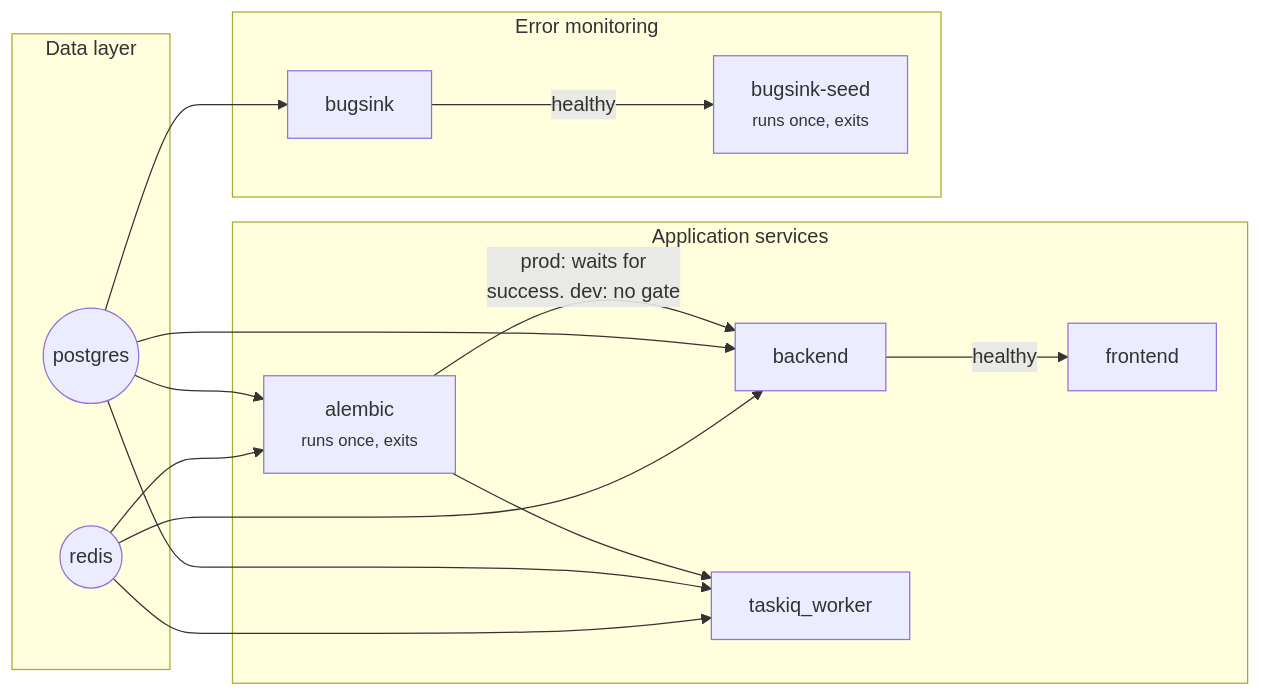
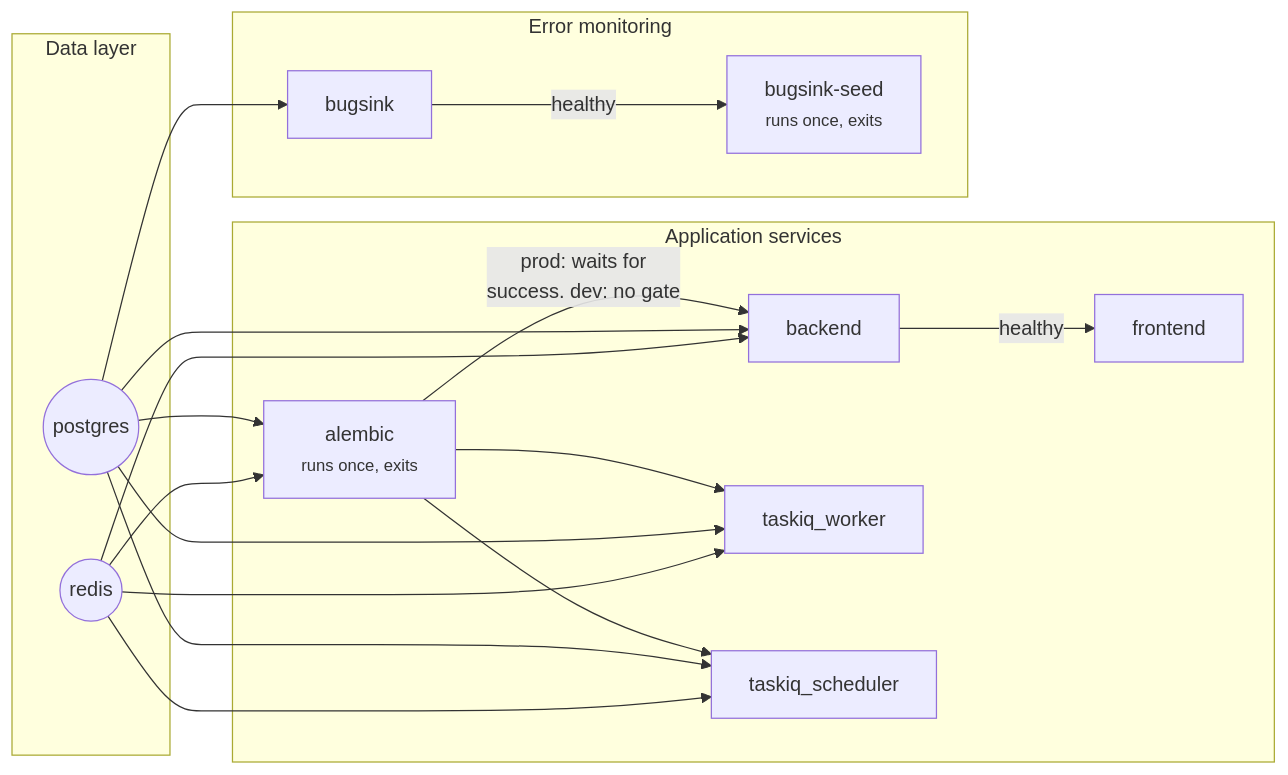
The diagram in docs/mystic_auth/docker/overview.md (Nachiket-2024/balance_sheet_analysis), drawn with Mermaid before and after one commit. The commit also changed other lines of this file and 268 other files, not shown here.

````diff
--- a/docs/mystic_auth/docker/overview.md
+++ b/docs/mystic_auth/docker/overview.md
@@ -27,31 +28,35 @@
 ```mermaid
 flowchart LR
     subgraph Data["Data layer"]
         postgres(("postgres"))
         redis(("redis"))
     end
 
     subgraph App["Application services"]
         alembic["alembic<br/><small>runs once, exits</small>"]
         backend["backend"]
         taskiq["taskiq_worker"]
+        scheduler["taskiq_scheduler"]
         frontend["frontend"]
     end
 
     subgraph Monitoring["Error monitoring"]
         bugsink["bugsink"]
         bugsinkseed["bugsink-seed<br/><small>runs once, exits</small>"]
     end
 
     postgres --> alembic
     redis --> alembic
     alembic -->|"prod: waits for<br/>success. dev: no gate"| backend
     alembic --> taskiq
+    alembic --> scheduler
     postgres --> backend
     redis --> backend
     postgres --> taskiq
     redis --> taskiq
+    postgres --> scheduler
+    redis --> scheduler
     backend -->|healthy| frontend
     postgres --> bugsink
     bugsink -->|healthy| bugsinkseed
 ```
````
